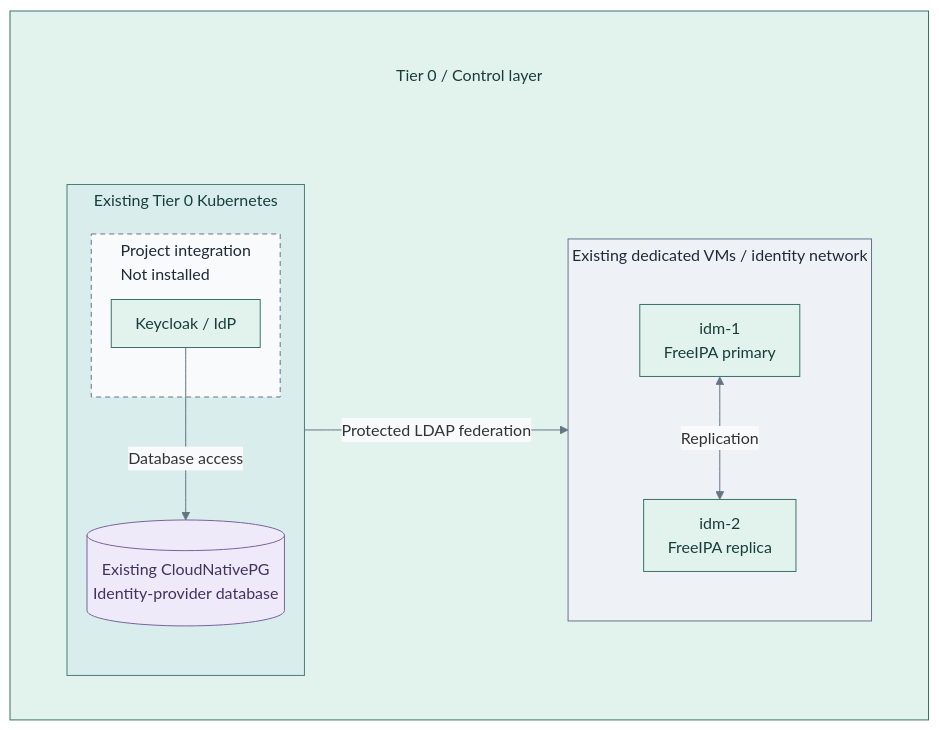
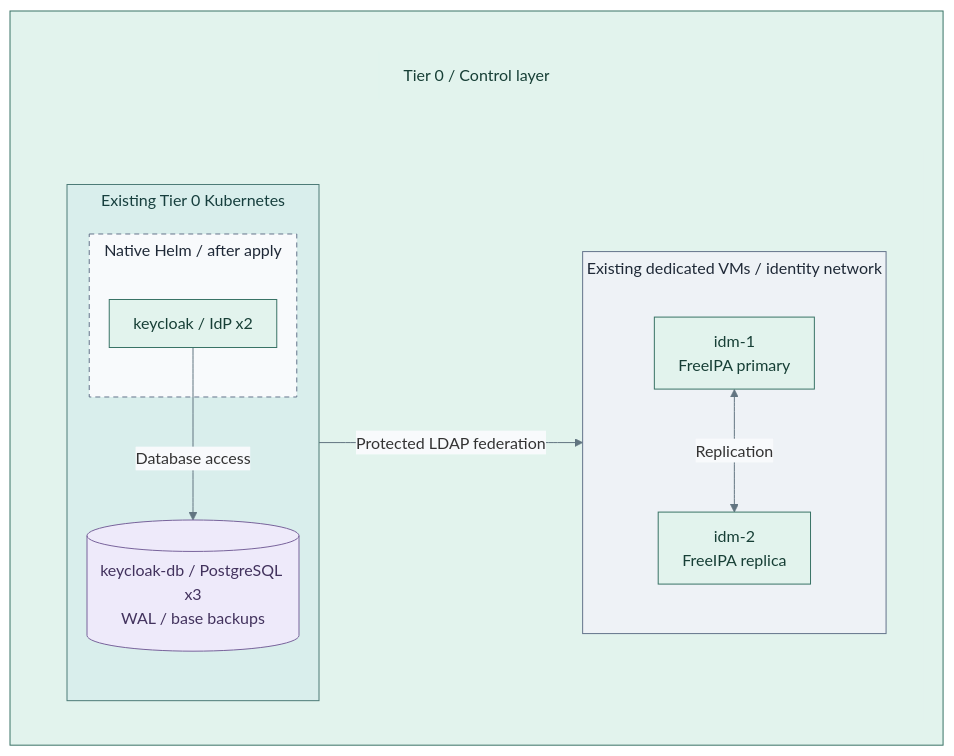
Before and after one commit to Rexus/homelab: the second of 2 diagrams in docs/deployment/stage-5-identity/README.md, drawn with Mermaid. The commit also changed other lines of this file and 353 other files, not shown here.

````diff
--- a/docs/deployment/stage-5-identity/README.md
+++ b/docs/deployment/stage-5-identity/README.md
@@ -70,40 +73,40 @@
 ```mermaid
 %%{init: {"theme":"base","flowchart":{"nodeSpacing":20,"rankSpacing":24,"padding":12,"subGraphTitleMargin":{"top":4,"bottom":12}},"themeVariables":{"lineColor":"#627581","edgeLabelBackground":"#f8fafc"}}}%%
 flowchart TB
   subgraph T0[" "]
     direction TB
     T0Title["Tier 0 / Control layer"]
     subgraph Placement[" "]
       direction LR
       subgraph Cluster["Existing Tier 0 Kubernetes"]
         direction TB
-        subgraph Added["Project integration<br/>Not installed"]
-          Keycloak["Keycloak / IdP"]
+        subgraph Added["Native Helm / after apply"]
+          Keycloak["keycloak / IdP x2"]
         end
-        Data[("Existing CloudNativePG<br/>Identity-provider database")]
+        Data[("keycloak-db / PostgreSQL x3<br/>WAL / base backups")]
         Keycloak -->|Database access| Data
       end
       subgraph Identity["Existing dedicated VMs / identity network"]
         direction TB
         Primary["idm-1<br/>FreeIPA primary"]
         Replica["idm-2<br/>FreeIPA replica"]
         Primary <-->|Replication| Replica
       end
       Cluster -->|Protected LDAP federation| Identity
     end
     T0Title ~~~ Placement
   end
   classDef default fill:#f8fafc,stroke:#64748b,color:#1f2937
   classDef control fill:#e2f3ed,stroke:#397366,color:#173f36
   classDef controlHeading fill:#e2f3ed,stroke:#e2f3ed,color:#173f36
   classDef runtime fill:#d9eeec,stroke:#4d7b77,color:#173f3e
   classDef boundary fill:#eef2f6,stroke:#64748b,color:#1f2937
   classDef data fill:#eeeafa,stroke:#78639b,color:#42325d
   classDef replicas fill:#f8fafc,stroke:#64748b,color:#1f2937,stroke-dasharray:5 4
   class T0,Keycloak,Primary,Replica control
   class T0Title,Placement controlHeading
   class Cluster runtime
   class Identity boundary
   class Data data
   class Added replicas
 ```
````
